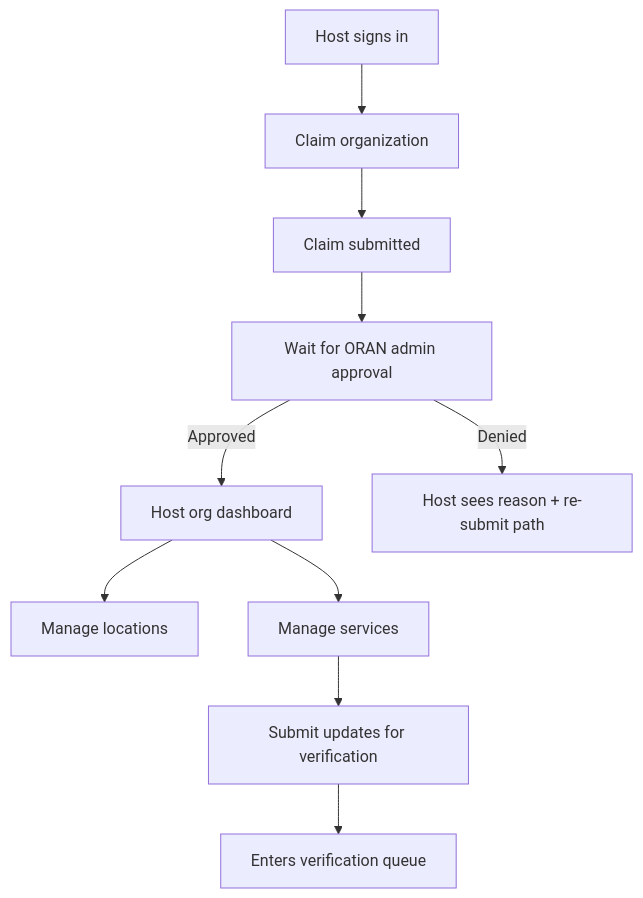
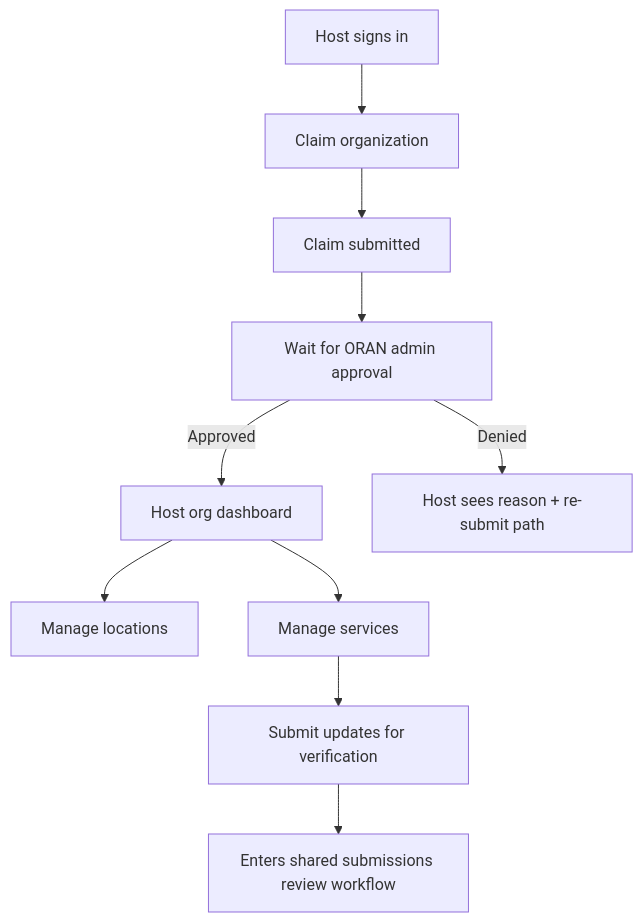
Before and after one commit to AutomatedEmpires/Open-Resource-Access-Network: the third of 5 diagrams in docs/ui/UX_FLOWS.md, drawn with Mermaid. The commit also changed other lines of this file and 35 other files, not shown here.

Commit message:
docs(platform): codify architecture and UI contract updates

````diff
--- a/docs/ui/UX_FLOWS.md
+++ b/docs/ui/UX_FLOWS.md
@@ -69,13 +69,13 @@
 ```mermaid
 flowchart TD
   A[Host signs in] --> B[Claim organization]
   B --> C[Claim submitted]
   C --> D[Wait for ORAN admin approval]
   D -->|Approved| E[Host org dashboard]
   D -->|Denied| F[Host sees reason + re-submit path]
 
   E --> G[Manage locations]
   E --> H[Manage services]
   H --> I[Submit updates for verification]
-  I --> J[Enters verification queue]
+  I --> J[Enters shared submissions review workflow]
 ```
````
